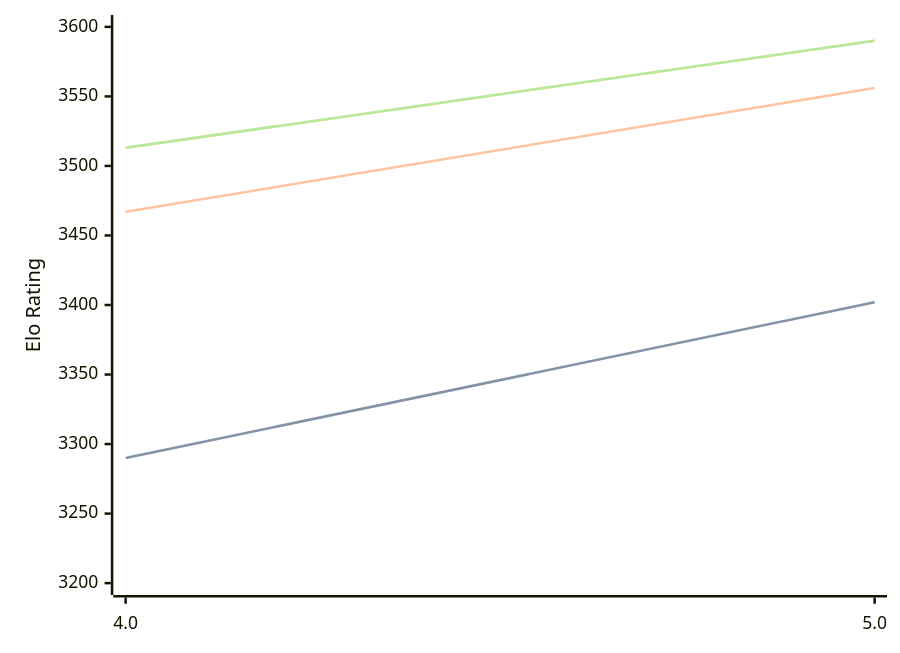
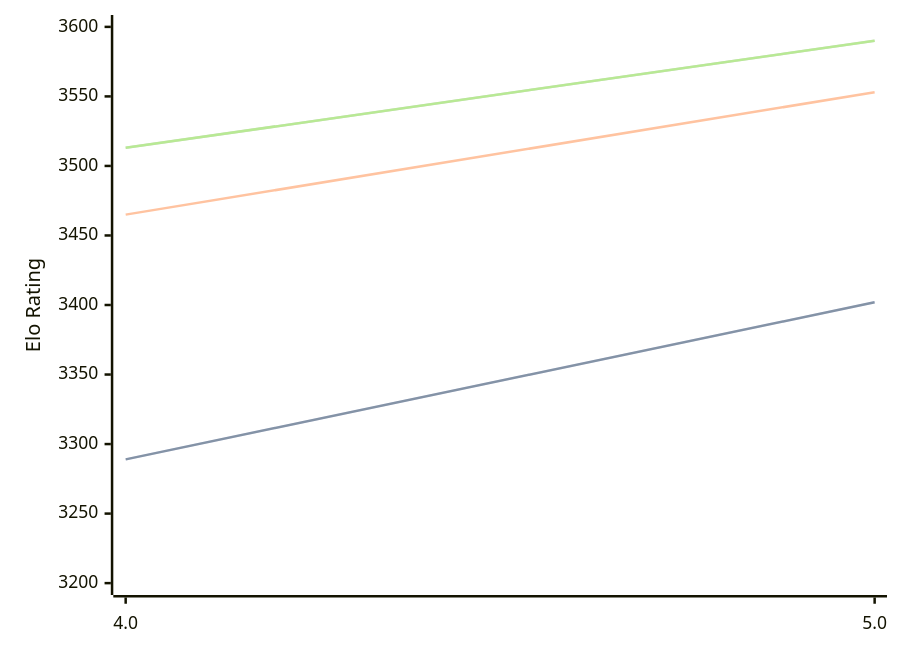
The diagram in engines/Tarnished.md (computer-chess-index/cci), drawn with Mermaid before and after one commit. The commit also changed other lines of this file, not shown here.

Commit message:
Update CCI Ratings (ELO VLTC) - 2026-02-14

````diff
--- a/engines/Tarnished.md
+++ b/engines/Tarnished.md
@@ -33,11 +33,11 @@
 ```mermaid
 %%{init: {"theme":"base","themeVariables":{"seriesColors:['#a3a3a3','#222221','#faa371']}}}%%
 xychart-beta
   x-axis ["4.0", "5.0"]
   y-axis "Elo Rating" 3200 --> 3600
-  line "STC (8.0+0.08s)" [3290, 3402]
-  line "STC (8.0+0.08s)" [3290, 3402]
-  line "LTC (60.0+0.60s)" [3467, 3556]
+  line "STC (8.0+0.08s)" [3289, 3402]
+  line "STC (8.0+0.08s)" [3289, 3402]
+  line "LTC (60.0+0.60s)" [3465, 3553]
   line "VLTC (2m24s+1.12s)" [3513, 3590]
   line "VLTC (2m24s+1.12s)" [3513, 3590]
 ```
````
